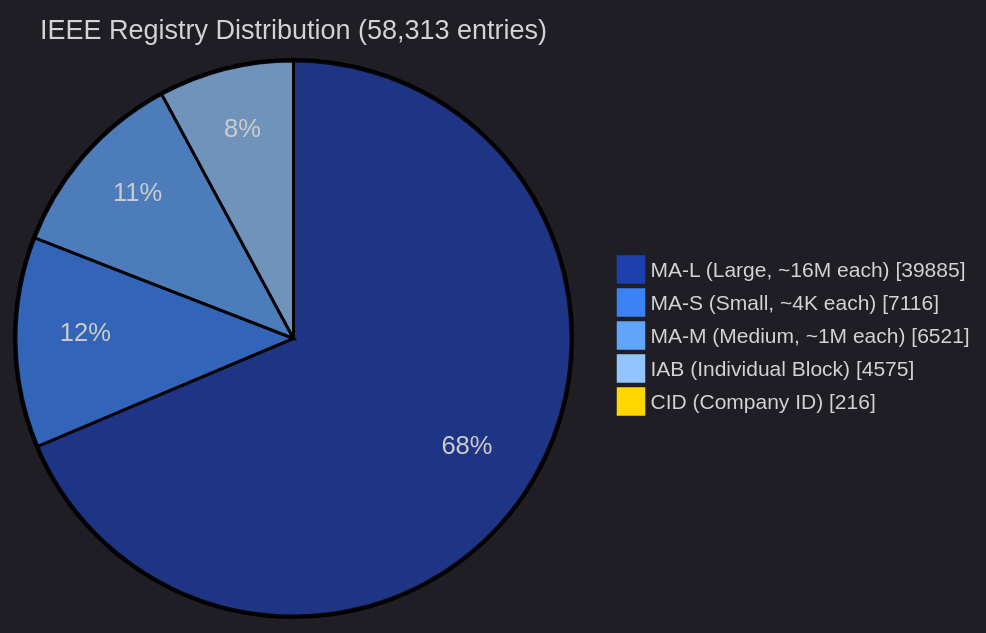
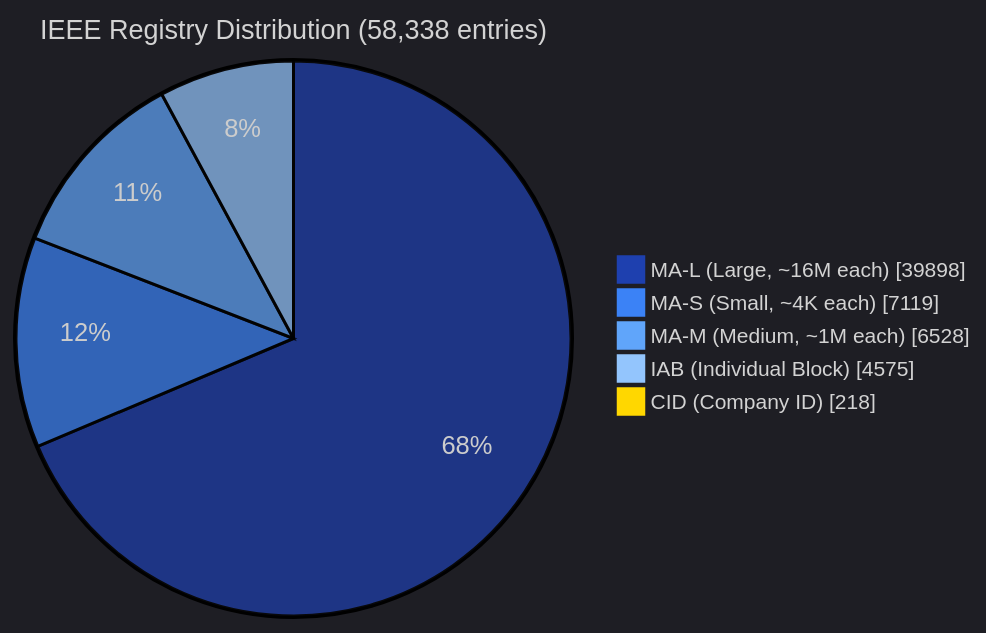
Before and after one commit to Ringmast4r/OUI-Master-Database: the third of 5 diagrams in README.md, drawn with Mermaid. The commit also changed other lines of this file and 14 other files, not shown here.

````diff
--- a/README.md
+++ b/README.md
@@ -129,10 +129,10 @@
 ```mermaid
 %%{init: {'theme':'dark', 'themeVariables': {'pie1':'#1E40AF','pie2':'#3B82F6','pie3':'#60A5FA','pie4':'#93C5FD','pie5':'#FFD700','pieTitleTextSize':'18px','pieLegendTextSize':'14px'}}}%%
 pie showData
-    title IEEE Registry Distribution (58,313 entries)
-    "MA-L (Large, ~16M each)" : 39885
-    "MA-S (Small, ~4K each)" : 7116
-    "MA-M (Medium, ~1M each)" : 6521
+    title IEEE Registry Distribution (58,338 entries)
+    "MA-L (Large, ~16M each)" : 39898
+    "MA-S (Small, ~4K each)" : 7119
+    "MA-M (Medium, ~1M each)" : 6528
     "IAB (Individual Block)" : 4575
-    "CID (Company ID)" : 216
+    "CID (Company ID)" : 218
 ```
````
